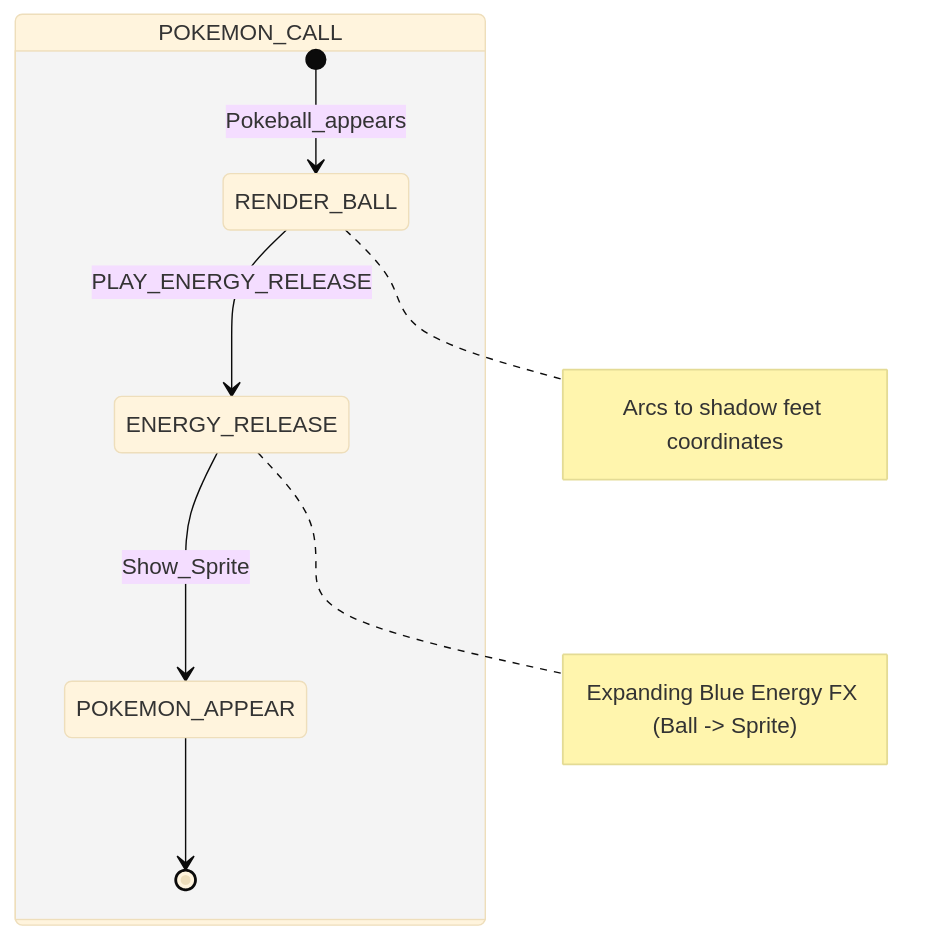
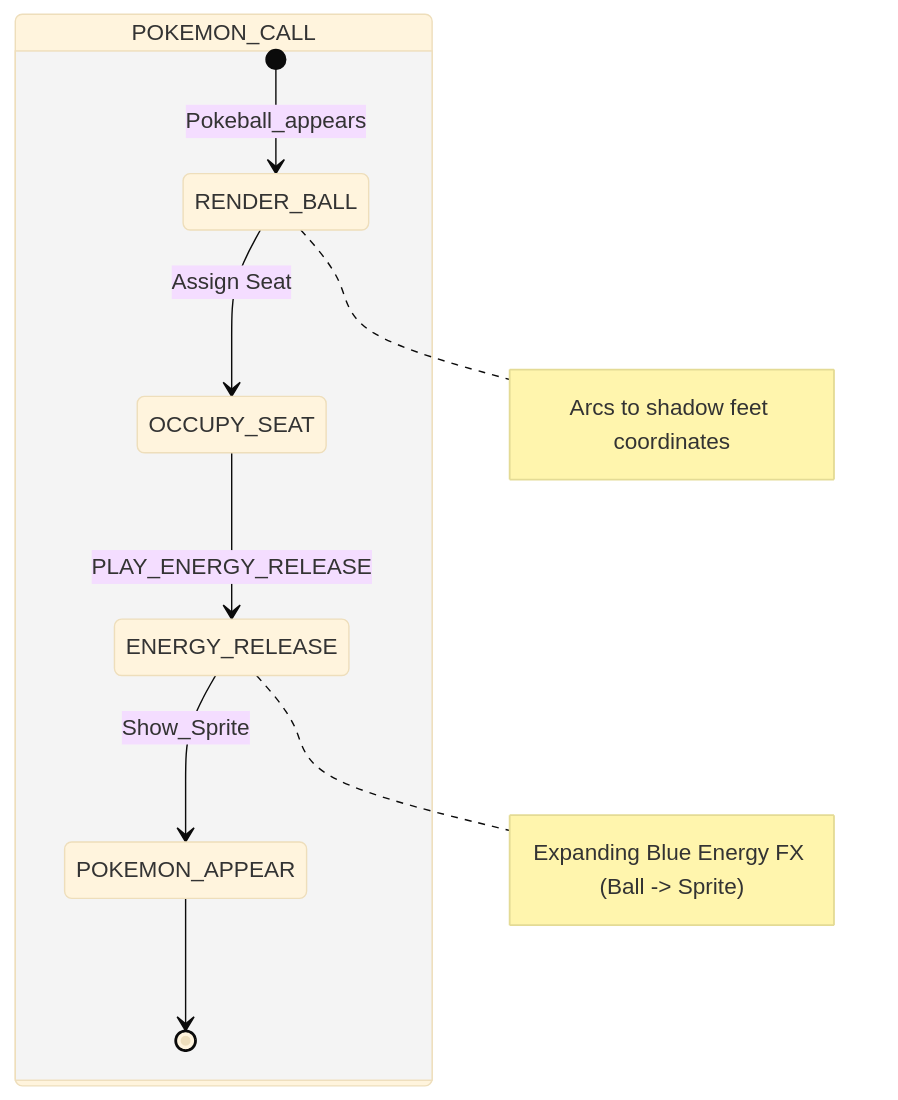
Before and after one commit to Darkham77/PokeBorrador: diagram 15 of 18 in .agents/skills/project-standards/references/battle/battle_mechanics_manual.md, drawn with Mermaid (base theme). The commit also changed other lines of this file and 30 other files, not shown here.

````diff
--- a/.agents/skills/project-standards/references/battle/battle_mechanics_manual.md
+++ b/.agents/skills/project-standards/references/battle/battle_mechanics_manual.md
@@ -800,12 +756,13 @@
 ```mermaid
 stateDiagram-v2
     state POKEMON_CALL {
         [*] --> RENDER_BALL: Pokeball_appears
-        RENDER_BALL --> ENERGY_RELEASE: PLAY_ENERGY_RELEASE
+        RENDER_BALL --> OCCUPY_SEAT: Assign Seat
+        OCCUPY_SEAT --> ENERGY_RELEASE: PLAY_ENERGY_RELEASE
         ENERGY_RELEASE --> POKEMON_APPEAR: Show_Sprite
         POKEMON_APPEAR --> [*]
         
         note right of RENDER_BALL: Arcs to shadow feet coordinates
         note right of ENERGY_RELEASE: Expanding Blue Energy FX (Ball -> Sprite)
     }
 ```
````
